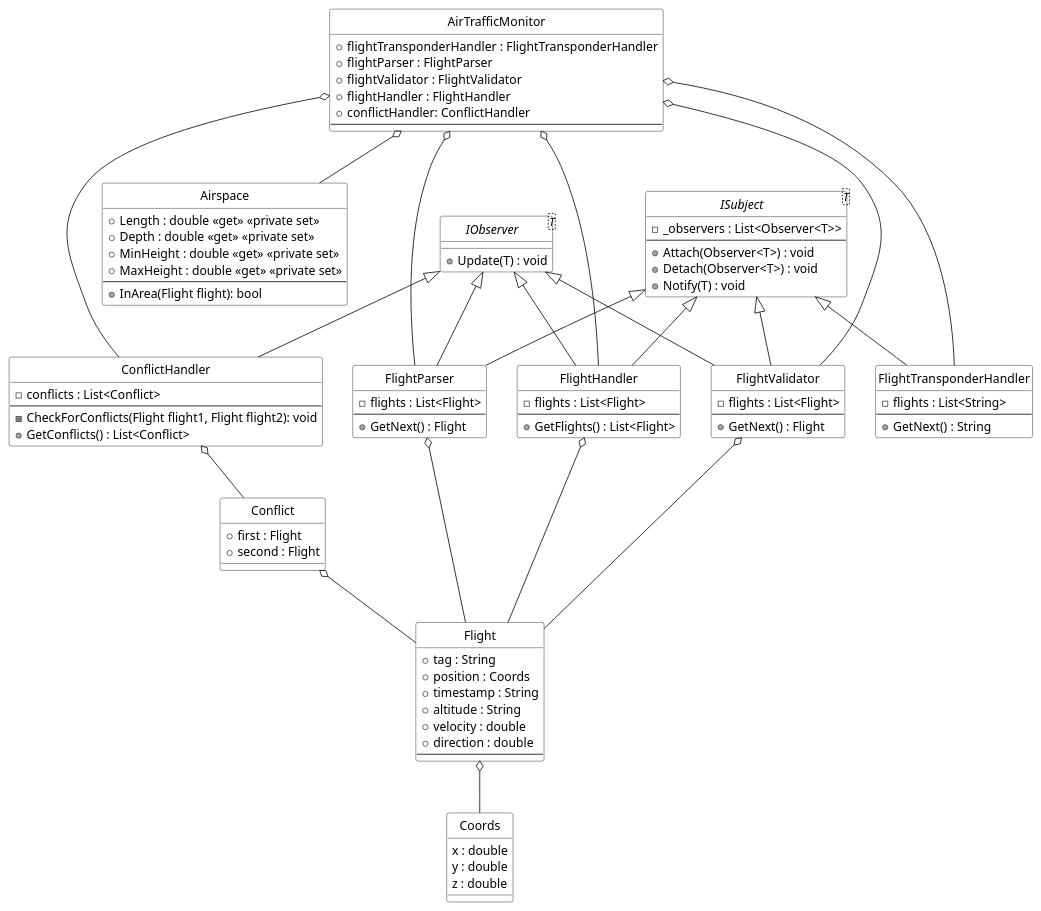
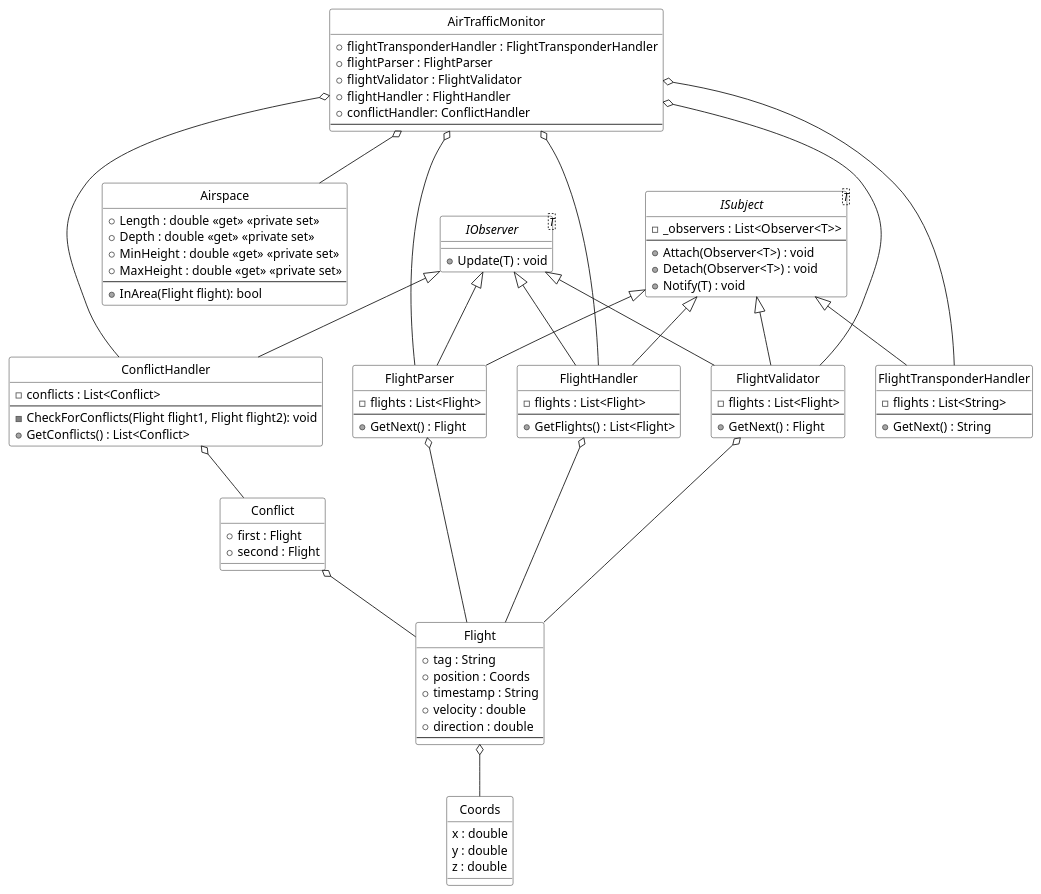
One commit to TeamSWT7/02-AirTrafficMonitoring changed the diagram in class-diagram.plantuml. Above: the diagram before and after it, drawn with PlantUML. The commit also changed 4 other files, not shown here.

```diff
--- a/class-diagram.plantuml
+++ b/class-diagram.plantuml
@@ -1,112 +1,111 @@
 @startuml
 
 skinparam shadowing false
 skinparam monochrome true
 skinparam backgroundColor transparent
 skinparam classBackgroundColor transparent
 skinparam style strictuml
 'skinparam linetype ortho
 
 class AirTrafficMonitor {
     + flightTransponderHandler : FlightTransponderHandler
     + flightParser : FlightParser
     + flightValidator : FlightValidator
     + flightHandler : FlightHandler
     + conflictHandler: ConflictHandler
     --
 }
 AirTrafficMonitor o--- FlightTransponderHandler
 AirTrafficMonitor o--- FlightParser
 AirTrafficMonitor o--- FlightValidator
 AirTrafficMonitor o--- FlightHandler
 AirTrafficMonitor o--- ConflictHandler
 AirTrafficMonitor o-- Airspace
 
 interface IObserver<T> {
     + Update(T) : void
 }
 interface ISubject<T> {
     - _observers : List<Observer<T>>
     --
     + Attach(Observer<T>) : void
     + Detach(Observer<T>) : void
     + Notify(T) : void
 }
 
 
 
 class Coords {
     x : double
     y : double
     z : double
 }
 class Flight {
     + tag : String
     + position : Coords
     + timestamp : String
-    + altitude : String
     + velocity : double
     + direction : double
     --
 }
 Flight o-- Coords
 
 class Airspace {
     + Length : double <<get>> <<private set>>
     + Depth : double <<get>> <<private set>>
     + MinHeight : double <<get>> <<private set>>
     + MaxHeight : double <<get>> <<private set>>
     --
     + InArea(Flight flight): bool
 }
 
 class FlightTransponderHandler {
     - flights : List<String>
     --
     + GetNext() : String
 }
 ISubject <|-- FlightTransponderHandler
 
 class FlightParser {
     - flights : List<Flight>
     --
     + GetNext() : Flight
 }
 ISubject <|-- FlightParser
 IObserver <|-- FlightParser
 FlightParser o-- Flight
 
 class FlightValidator {
     - flights : List<Flight>
     --
     + GetNext() : Flight
 }
 ISubject <|-- FlightValidator
 IObserver <|-- FlightValidator
 FlightValidator o-- Flight
 
 class FlightHandler {
     - flights : List<Flight>
     --
     + GetFlights() : List<Flight>
 }
 ISubject <|-- FlightHandler
 IObserver <|-- FlightHandler
 FlightHandler o-- Flight
 
 class ConflictHandler {
     - conflicts : List<Conflict>
     --
     - CheckForConflicts(Flight flight1, Flight flight2): void
     + GetConflicts() : List<Conflict>
 }
 IObserver <|-- ConflictHandler
 
 class Conflict {
     + first : Flight
     + second : Flight
 }
 ConflictHandler o-- Conflict
 Conflict o-- Flight
 
 @enduml
```
